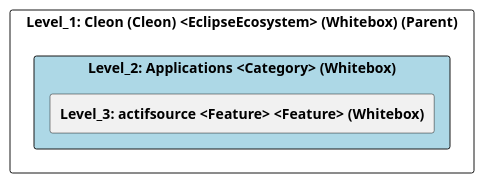
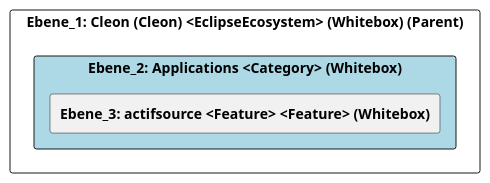
Before and after one commit to marcozwyssig/cleon: the diagram in doc/cleonproject_deliverables_architecture_model_architecture/adoc/de/05_bausteinsicht/cleon/applications/ebene_2_applications.adoc, drawn with PlantUML. The commit also changed other lines of this file and 258 other files, not shown here.

```diff
--- a/doc/cleonproject_deliverables_architecture_model_architecture/adoc/de/05_bausteinsicht/cleon/applications/ebene_2_applications.adoc
+++ b/doc/cleonproject_deliverables_architecture_model_architecture/adoc/de/05_bausteinsicht/cleon/applications/ebene_2_applications.adoc
@@ -24,24 +24,24 @@
-[plantuml, Level_2: Applications <Category> (Whitebox)BlockOverview, format="svg"]
+[plantuml, Ebene_2: Applications <Category> (Whitebox)BlockOverview, format="svg"]
 ----
-@startuml Level_2: Applications <Category> (Whitebox)BuildingBlockOverview
+@startuml Ebene_2: Applications <Category> (Whitebox)BuildingBlockOverview
 
 skinparam ranksep 10
 skinparam componentStyle rectangle
 skinparam shadowing false
 skinparam arrowColor lightblue
 skinparam arrowThickness 1.2
 skinparam rectangle {
   BackgroundColor White
   BorderColor #333
   RoundCorner 10
 }
 top to bottom direction
 
-component "Level_1: Cleon (Cleon) <EclipseEcosystem> (Whitebox) (Parent)" {
-    component "Level_2: Applications <Category> (Whitebox)" #lightblue {
-        [**Level_3: actifsource <Feature> <Feature> (Whitebox)**] as 49057F39_D579_11EE_903E_9F564E4DE07E
+component "Ebene_1: Cleon (Cleon) <EclipseEcosystem> (Whitebox) (Parent)" {
+    component "Ebene_2: Applications <Category> (Whitebox)" #lightblue {
+        [**Ebene_3: actifsource <Feature> <Feature> (Whitebox)**] as 49057F39_D579_11EE_903E_9F564E4DE07E
     }
 }
 
 @enduml
 ----
```
